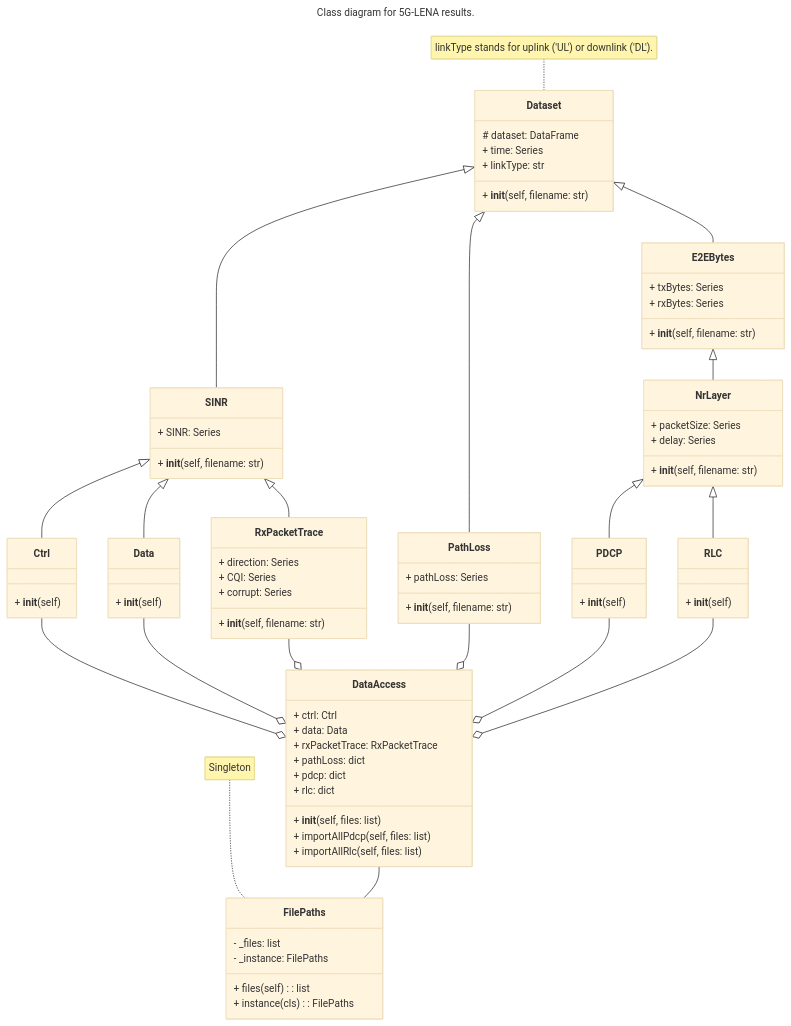
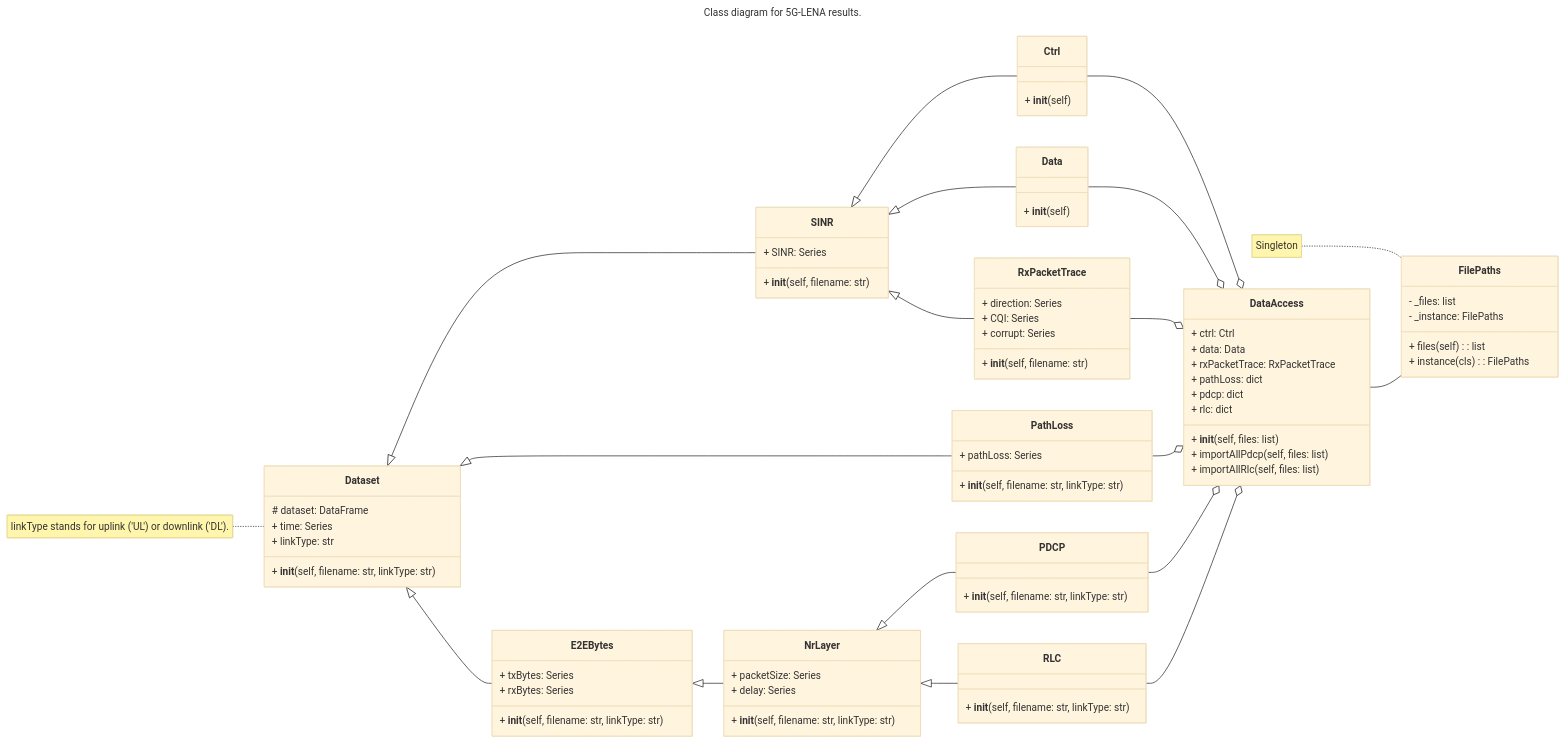
Before and after one commit to victorZoro/tcc5g-microoperators: the diagram in README.md, drawn with Mermaid (base theme).

Commit message:
Adding code + Corrections

```diff
--- a/README.md
+++ b/README.md
@@ -225,7 +225,7 @@
 
 classDiagram
 
-  direction TB
+  direction LR
 
   note for Dataset "linkType stands for uplink ('UL') or downlink ('DL')."
   note for FilePaths "Singleton"
@@ -234,12 +234,12 @@
     # dataset: DataFrame
     + time: Series
     + linkType: str
-    + __init__(self, filename: str)
+    + __init__(self, filename: str, linkType: str)
   }
 
   class PathLoss {
     + pathLoss: Series
-    + __init__(self, filename: str)
+    + __init__(self, filename: str, linkType: str)
   }
 
   class SINR {
@@ -284,21 +284,21 @@
   class E2EBytes {
     + txBytes: Series
     + rxBytes: Series
-    + __init__(self, filename: str)
+    + __init__(self, filename: str, linkType: str)
   }
 
   class NrLayer {
     + packetSize: Series
     + delay: Series
-    + __init__(self, filename: str)
+    + __init__(self, filename: str, linkType: str)
   }
 
   class PDCP {
-    + __init__(self)
+    + __init__(self, filename: str, linkType: str)
   }
 
   class RLC {
-    + __init__(self)
+    + __init__(self, filename: str, linkType: str)
   }
 
   %% Inheritance
```
